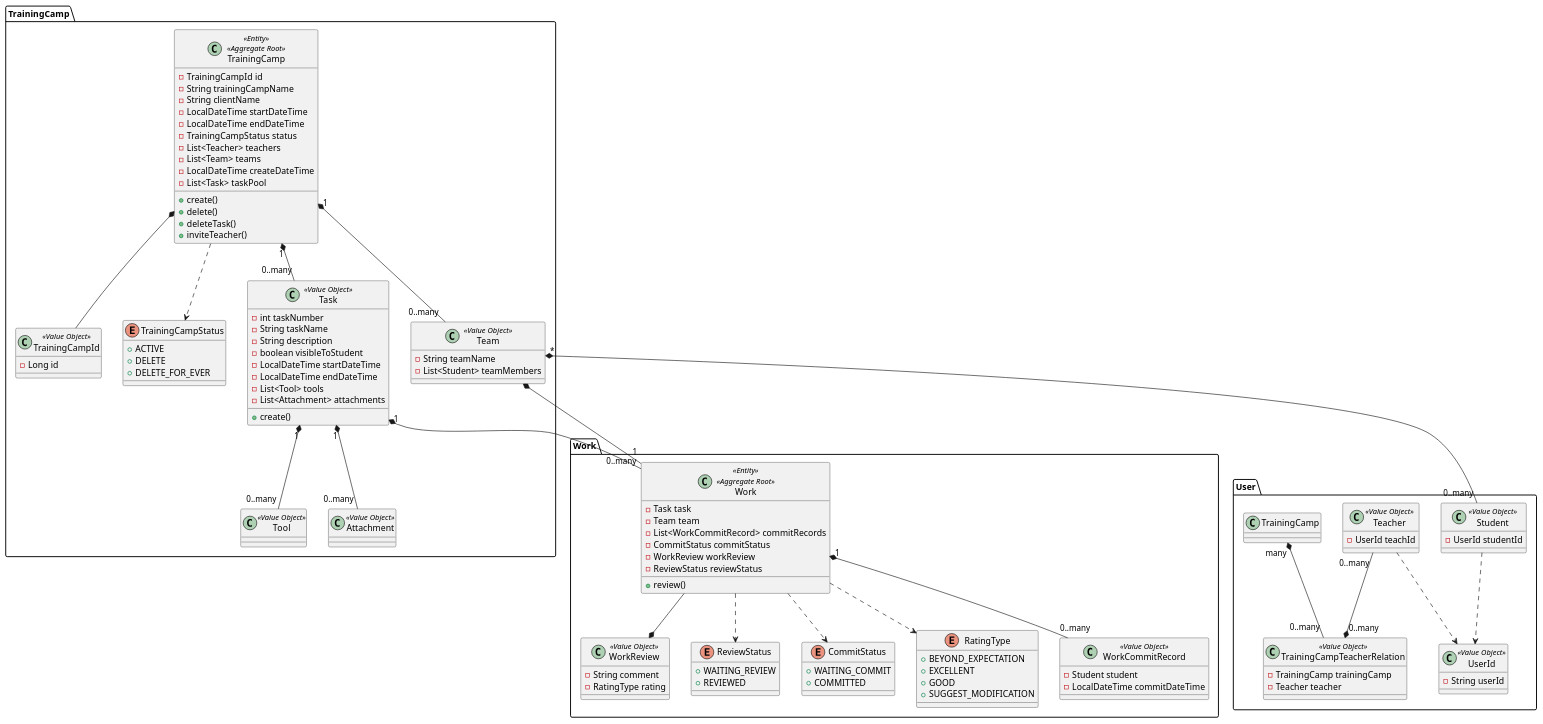
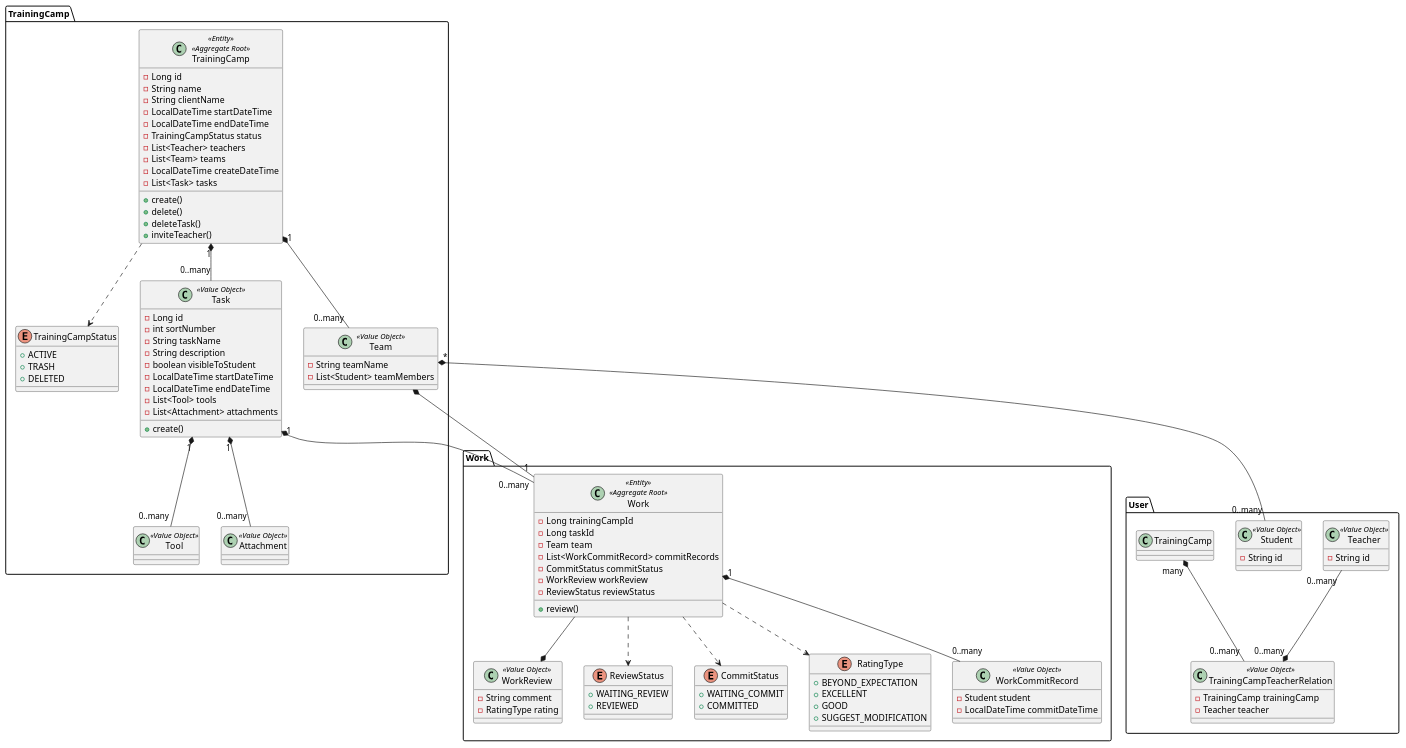
The diagram in src/main/java/TrainingCamp.puml (baggio-wangpu/DDD), drawn with PlantUML before and after one commit.

Commit message:
Adjust TrainingCamp uml

```diff
--- a/src/main/java/TrainingCamp.puml
+++ b/src/main/java/TrainingCamp.puml
@@ -1,140 +1,131 @@
 @startuml
 
 package "TrainingCamp" {
 
     class TrainingCamp <<Entity>> <<Aggregate Root>> {
-        - TrainingCampId id
-        - String trainingCampName
+        - Long id
+        - String name
         - String clientName
         - LocalDateTime startDateTime
         - LocalDateTime endDateTime
         - TrainingCampStatus status
         - List<Teacher> teachers
         - List<Team> teams
         - LocalDateTime createDateTime
-        - List<Task> taskPool
+        - List<Task> tasks
         + create()
         + delete()
         + deleteTask()
         + inviteTeacher()
     }
 
-    class TrainingCampId <<Value Object>> {
-        - Long id
-    }
-
     enum TrainingCampStatus{
         + ACTIVE
-        + DELETE
-        + DELETE_FOR_EVER
+        + TRASH
+        + DELETED
     }
 
     class Task <<Value Object>> {
-        - int taskNumber
+        - Long id
+        - int sortNumber
         - String taskName
         - String description
         - boolean visibleToStudent
         - LocalDateTime startDateTime
         - LocalDateTime endDateTime
         - List<Tool> tools
         - List<Attachment> attachments
         + create()
     }
 
     class Tool <<Value Object>> {
     }
 
     class Attachment <<Value Object>> {
     }
 
     class Team <<Value Object>> {
         - String teamName
         - List<Student> teamMembers
     }
 
-    TrainingCamp *--  TrainingCampId
     TrainingCamp ..> TrainingCampStatus
     TrainingCamp "1" *-- "0..many" Task
     TrainingCamp "1" *-- "0..many" Team
     Task "1" *-- "0..many" Tool
     Task "1" *-- "0..many" Attachment
 }
 
 package "User" {
 
-    class UserId <<Value Object>> {
-        - String userId
-    }
-
     class Teacher <<Value Object>> {
-        - UserId teachId
+        - String id
     }
 
     class Student <<Value Object>> {
-        - UserId studentId
+        - String id
     }
 
     class TrainingCampTeacherRelation <<Value Object>> {
         - TrainingCamp trainingCamp
         - Teacher teacher
     }
 
-    Teacher ..> UserId
-    Student ..> UserId
     Teacher "0..many" --* "0..many"  TrainingCampTeacherRelation
     TrainingCamp "many" *-- "0..many" TrainingCampTeacherRelation
     Team "*" *-- "0..many" Student
 }
 
 package "Work" {
 
     class Work <<Entity>> <<Aggregate Root>> {
-        - Task task
+        - Long trainingCampId
+        - Long taskId
         - Team team
         - List<WorkCommitRecord> commitRecords
         - CommitStatus commitStatus
         - WorkReview workReview
         - ReviewStatus reviewStatus
         + review()
     }
 
     class WorkReview <<Value Object>> {
         - String comment
         - RatingType rating
     }
 
     enum ReviewStatus {
         + WAITING_REVIEW
         + REVIEWED
     }
 
     enum CommitStatus {
         + WAITING_COMMIT
         + COMMITTED
     }
 
 
     enum RatingType {
         + BEYOND_EXPECTATION
         + EXCELLENT
         + GOOD
         + SUGGEST_MODIFICATION
     }
 
     class WorkCommitRecord <<Value Object>> {
         - Student student
         - LocalDateTime commitDateTime
     }
 
     Task "1" *-- "0..many" Work
     Work ..> RatingType
     Work ..> ReviewStatus
     Work ..> CommitStatus
     Work "1" *-- "0..many" WorkCommitRecord
     Work "1" --* Team
     Work  --* WorkReview
 
 }
 
 
 @enduml
```
